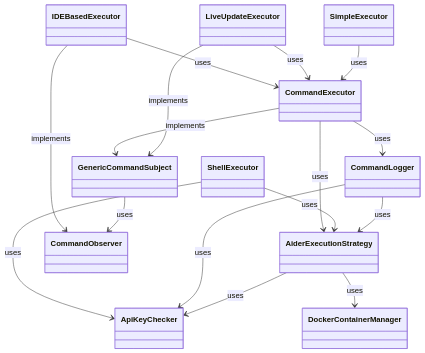
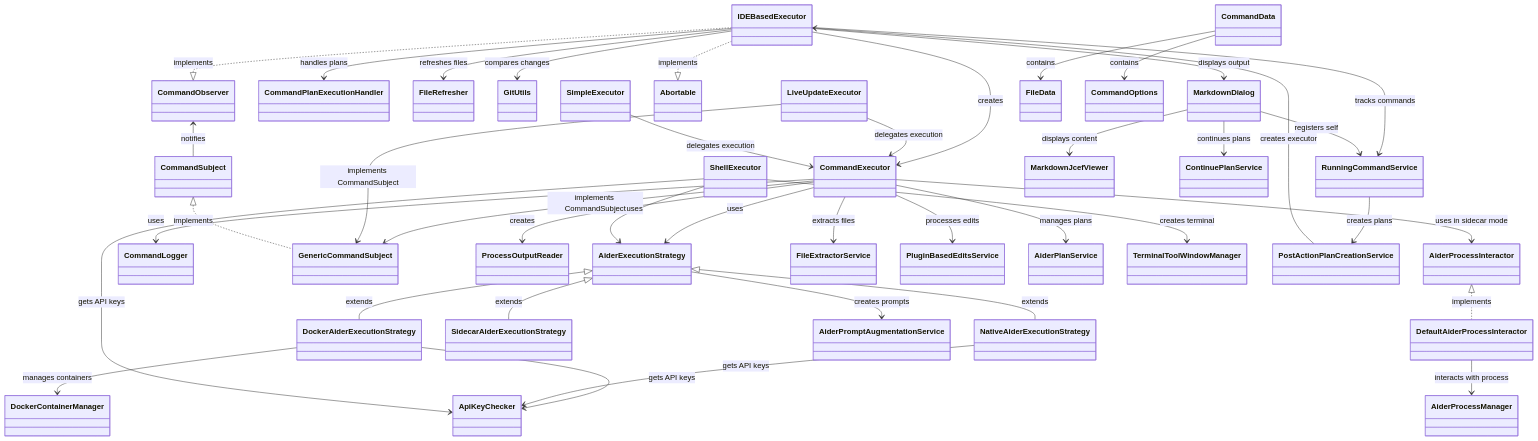
The diagram in src/main/kotlin/de/andrena/codingaider/executors/executors.md (p-wegner/coding-aider), drawn with Mermaid before and after one commit. The commit also changed other lines of this file, not shown here.

````diff
--- a/src/main/kotlin/de/andrena/codingaider/executors/executors.md
+++ b/src/main/kotlin/de/andrena/codingaider/executors/executors.md
@@ -87,18 +268,61 @@
 ```mermaid
 classDiagram
+    %% Core Execution Classes
     CommandExecutor --> AiderExecutionStrategy : uses
     CommandExecutor --> CommandLogger : uses
-    CommandExecutor --> GenericCommandSubject : implements
+    CommandExecutor --> GenericCommandSubject : implements CommandSubject
+    CommandExecutor --> ProcessOutputReader : creates
+    CommandExecutor --> AiderProcessInteractor : uses in sidecar mode
+    CommandExecutor --> FileExtractorService : extracts files
+    CommandExecutor --> PluginBasedEditsService : processes edits
+    CommandExecutor --> AiderPlanService : manages plans
+    
+    %% Execution Strategies
+    AiderExecutionStrategy <|-- DockerAiderExecutionStrategy : extends
+    AiderExecutionStrategy <|-- NativeAiderExecutionStrategy : extends
+    AiderExecutionStrategy <|-- SidecarAiderExecutionStrategy : extends
+    AiderExecutionStrategy --> AiderPromptAugmentationService : creates prompts
+    DockerAiderExecutionStrategy --> DockerContainerManager : manages containers
+    DockerAiderExecutionStrategy --> ApiKeyChecker : gets API keys
+    NativeAiderExecutionStrategy --> ApiKeyChecker : gets API keys
+    
+    %% Executor Variants
+    IDEBasedExecutor --> CommandExecutor : creates
+    IDEBasedExecutor --> MarkdownDialog : displays output
+    IDEBasedExecutor --> CommandPlanExecutionHandler : handles plans
+    IDEBasedExecutor --> RunningCommandService : tracks commands
+    IDEBasedExecutor --> FileRefresher : refreshes files
+    IDEBasedExecutor --> GitUtils : compares changes
+    IDEBasedExecutor ..|> CommandObserver : implements
+    IDEBasedExecutor ..|> Abortable : implements
+    
     ShellExecutor --> AiderExecutionStrategy : uses
-    ShellExecutor --> ApiKeyChecker : uses
-    IDEBasedExecutor --> CommandExecutor : uses
-    IDEBasedExecutor --> CommandObserver : implements
-    LiveUpdateExecutor --> CommandExecutor : uses
-    LiveUpdateExecutor --> GenericCommandSubject : implements
-    SimpleExecutor --> CommandExecutor : uses
-    CommandLogger --> AiderExecutionStrategy : uses
-    CommandLogger --> ApiKeyChecker : uses
-    GenericCommandSubject --> CommandObserver : uses
-    AiderExecutionStrategy --> ApiKeyChecker : uses
-    AiderExecutionStrategy --> DockerContainerManager : uses
+    ShellExecutor --> ApiKeyChecker : gets API keys
+    ShellExecutor --> TerminalToolWindowManager : creates terminal
+    
+    LiveUpdateExecutor --> CommandExecutor : delegates execution
+    LiveUpdateExecutor --> GenericCommandSubject : implements CommandSubject
+    
+    SimpleExecutor --> CommandExecutor : delegates execution
+    
+    %% Observer Pattern
+    CommandSubject <|.. GenericCommandSubject : implements
+    CommandObserver <-- CommandSubject : notifies
+    
+    %% Process Interaction
+    AiderProcessInteractor <|.. DefaultAiderProcessInteractor : implements
+    DefaultAiderProcessInteractor --> AiderProcessManager : interacts with process
+    
+    %% Supporting Services
+    PostActionPlanCreationService --> IDEBasedExecutor : creates executor
+    RunningCommandService --> PostActionPlanCreationService : creates plans
+    
+    %% Data Models
+    CommandData --> FileData : contains
+    CommandData --> CommandOptions : contains
+    
+    %% UI Components
+    MarkdownDialog --> MarkdownJcefViewer : displays content
+    MarkdownDialog --> RunningCommandService : registers self
+    MarkdownDialog --> ContinuePlanService : continues plans
 ```
````
